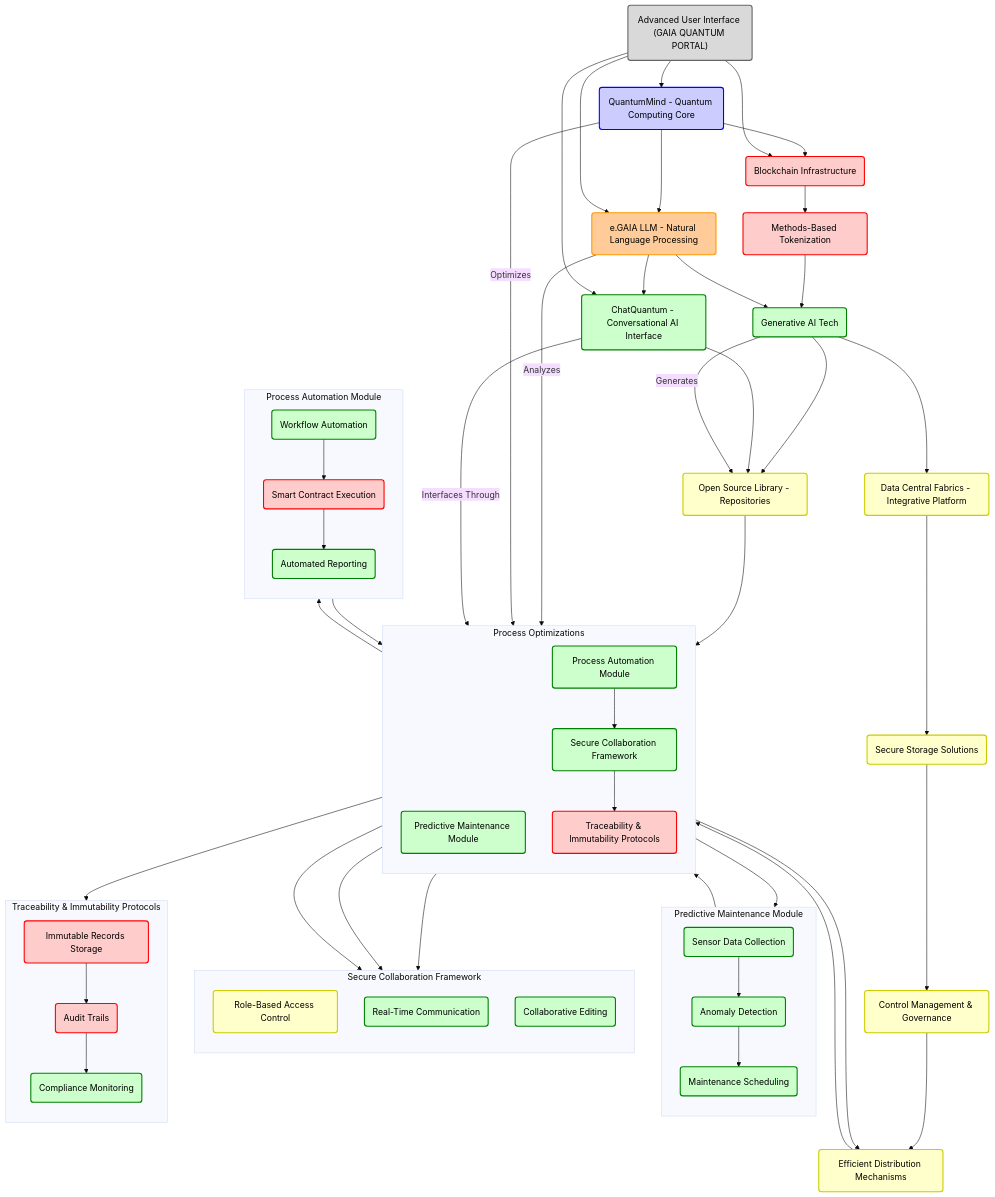
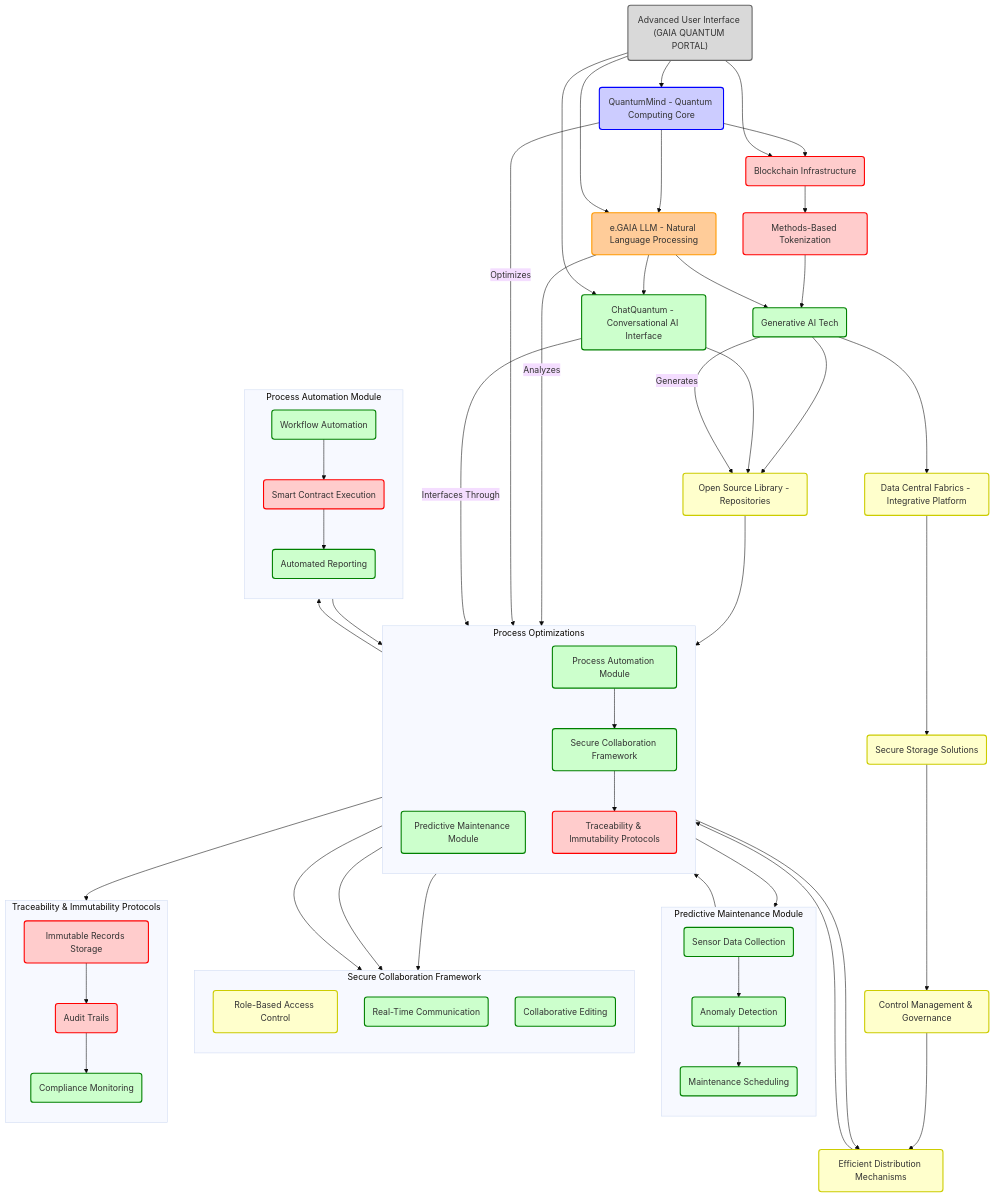
Before and after one commit to Robbbo-T/Gaia-Quantum-Portal: the diagram in README.md, drawn with Mermaid (base theme). The commit also changed other lines of this file, not shown here.

````diff
--- a/README.md
+++ b/README.md
@@ -477,13 +497,13 @@
 ```mermaid
 flowchart TD
     %% Define styles for different components
-    classDef blockchain fill:#ffcccc, stroke:#ff0000, stroke-width:2px, color:#000000;
-    classDef ai_ml fill:#ccffcc, stroke:#008000, stroke-width:2px, color:#000000;
-    classDef quantum fill:#ccccff, stroke:#0000ff, stroke-width:2px, color:#000000;
-    classDef data_fabric fill:#ffffcc, stroke:#cccc00, stroke-width:2px, color:#000000;
-    classDef eGAIA fill:#ffcc99, stroke:#ff9900, stroke-width:2px, color:#000000;
-    classDef ui fill:#d9d9d9, stroke:#666666, stroke-width:2px, color:#000000;
-    classDef process_optimizations fill:#f2f2f2, stroke:#b3b3b3, stroke-width:2px, color:#000000;
+    classDef blockchain fill:#ffcccc, stroke:#ff0000, stroke-width:2px;
+    classDef ai_ml fill:#ccffcc, stroke:#008000, stroke-width:2px;
+    classDef quantum fill:#ccccff, stroke:#0000ff, stroke-width:2px;
+    classDef data_fabric fill:#ffffcc, stroke:#cccc00, stroke-width:2px;
+    classDef eGAIA fill:#ffcc99, stroke:#ff9900, stroke-width:2px;
+    classDef ui fill:#d9d9d9, stroke:#666666, stroke-width:2px;
+    classDef process fill:#f2f2f2, stroke:#b3b3b3, stroke-width:2px;
 
     %% Core components
     A(Blockchain Infrastructure):::blockchain
@@ -533,8 +553,8 @@
     K --> M
     F --> N
     N --> O
+    O --> P
     P --> K
-    O --> P
 
     %% Detailed Subgraphs for Modules
     subgraph Predictive_Maintenance [Predictive Maintenance Module]
````
